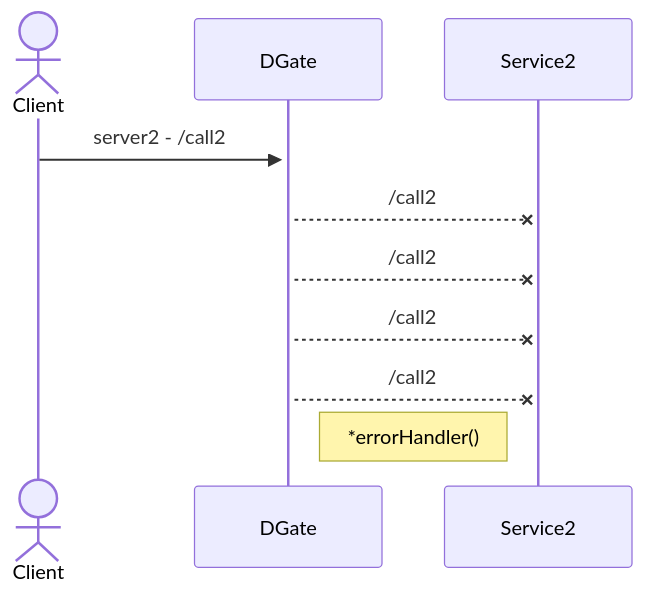
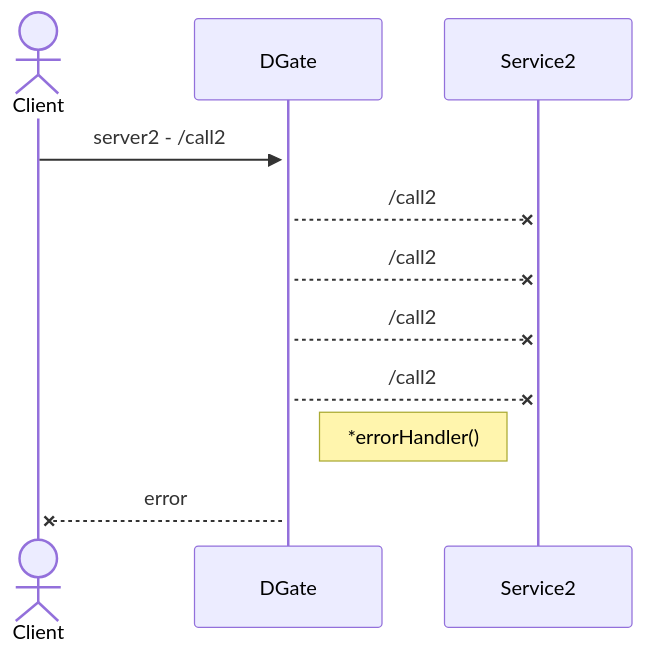
Before and after one commit to bubbajoe/bubbajoe.dev: the second of 2 diagrams in md/projects/dgate.md, drawn with Mermaid. The commit also changed 1 other file, not shown here.

````diff
--- a/md/projects/dgate.md
+++ b/md/projects/dgate.md
@@ -67,13 +67,14 @@
 ```mermaid
 sequenceDiagram
     actor C as Client
     participant G as DGate
     participant S2 as Service2
 
     C->>+G: server2 - /call2
     G--x+S2: /call2
     G--x+S2: /call2
     G--x+S2: /call2
     G--x+S2: /call2
     Note right of G: *errorHandler()
+    G--x+C: error
 ```
````
